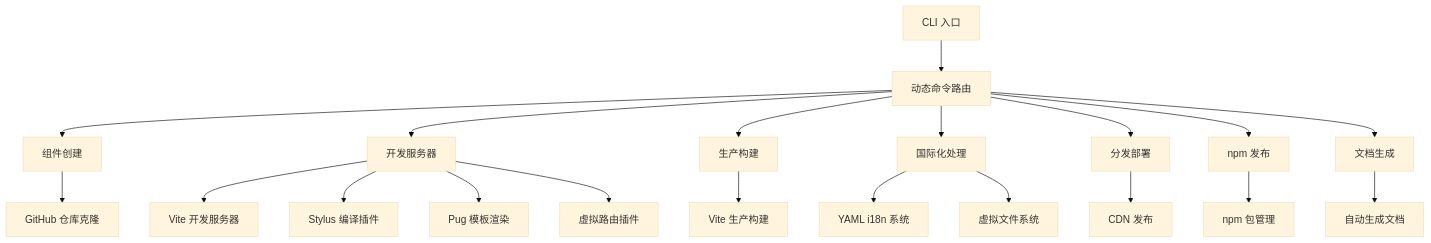
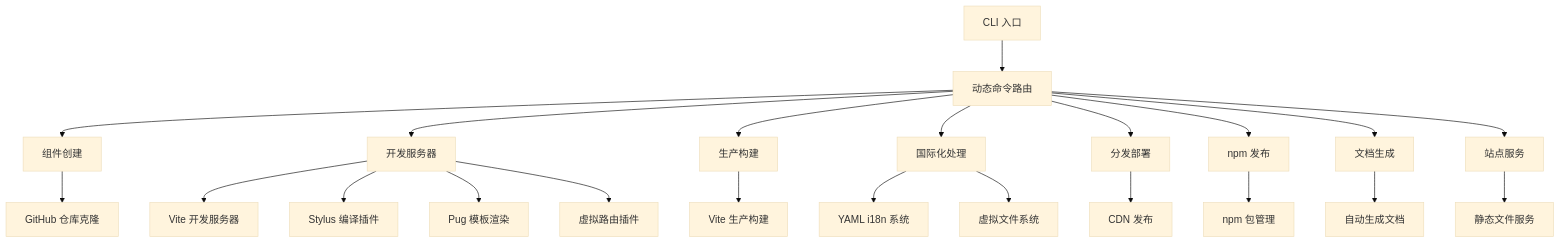
One commit to webc-site/npm changed the diagram in webc/readme/zh/README.md. Above: the diagram before and after it, drawn with Mermaid (base theme). The commit also changed other lines of this file and 2 other files, not shown here.

Commit message:
chore: bump version to 0.1.8 and update README diagrams and directory structure

````diff
--- a/webc/readme/zh/README.md
+++ b/webc/readme/zh/README.md
@@ -40,22 +40,24 @@
 ```mermaid
 graph TD
     A[CLI 入口] --> B[动态命令路由]
     B --> C[组件创建]
     B --> D[开发服务器]
     B --> E[生产构建]
     B --> F[国际化处理]
     B --> G[分发部署]
     B --> H[npm 发布]
     B --> I[文档生成]
-    C --> J[GitHub 仓库克隆]
-    D --> K[Vite 开发服务器]
-    D --> L[Stylus 编译插件]
-    D --> M[Pug 模板渲染]
-    D --> N[虚拟路由插件]
-    E --> O[Vite 生产构建]
-    F --> P[YAML i18n 系统]
-    F --> Q[虚拟文件系统]
-    G --> R[CDN 发布]
-    H --> S[npm 包管理]
-    I --> T[自动生成文档]
+    B --> J[站点服务]
+    C --> K[GitHub 仓库克隆]
+    D --> L[Vite 开发服务器]
+    D --> M[Stylus 编译插件]
+    D --> N[Pug 模板渲染]
+    D --> O[虚拟路由插件]
+    E --> P[Vite 生产构建]
+    F --> Q[YAML i18n 系统]
+    F --> R[虚拟文件系统]
+    G --> S[CDN 发布]
+    H --> T[npm 包管理]
+    I --> U[自动生成文档]
+    J --> V[静态文件服务]
 ```
````
